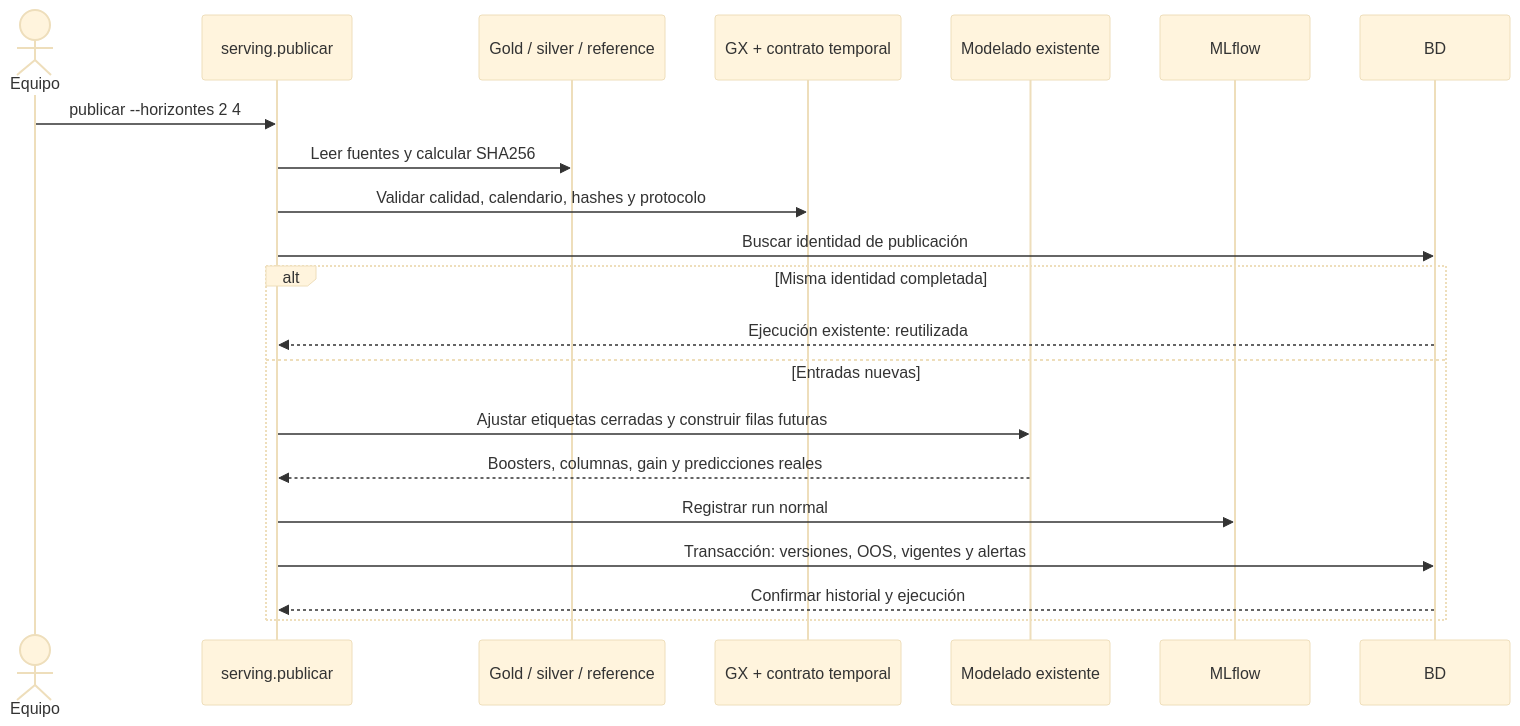
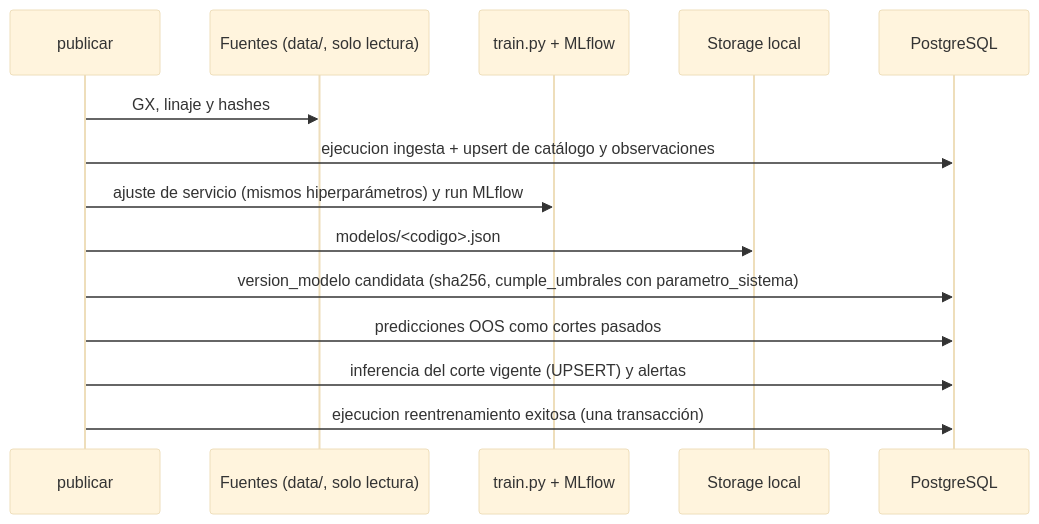
The second of 3 diagrams in docs/backend/arquitectura.md (panconlocro/Denguekay), drawn with Mermaid (base theme) before and after one commit. The commit also changed other lines of this file and 13 other files, not shown here.

````diff
--- a/docs/backend/arquitectura.md
+++ b/docs/backend/arquitectura.md
@@ -72,23 +42,16 @@
 ```mermaid
 sequenceDiagram
-    actor Equipo
-    participant CLI as serving.publicar
-    participant Fuentes as Gold / silver / reference
-    participant Validacion as GX + contrato temporal
-    participant Modelo as Modelado existente
-    participant MLflow
-    participant BD
-    Equipo->>CLI: publicar --horizontes 2 4
-    CLI->>Fuentes: Leer fuentes y calcular SHA256
-    CLI->>Validacion: Validar calidad, calendario, hashes y protocolo
-    CLI->>BD: Buscar identidad de publicación
-    alt Misma identidad completada
-        BD-->>CLI: Ejecución existente: reutilizada
-    else Entradas nuevas
-        CLI->>Modelo: Ajustar etiquetas cerradas y construir filas futuras
-        Modelo-->>CLI: Boosters, columnas, gain y predicciones reales
-        CLI->>MLflow: Registrar run normal
-        CLI->>BD: Transacción: versiones, OOS, vigentes y alertas
-        BD-->>CLI: Confirmar historial y ejecución
-    end
+  participant CLI as publicar
+  participant F as Fuentes (data/, solo lectura)
+  participant M as train.py + MLflow
+  participant S as Storage local
+  participant BD as PostgreSQL
+  CLI->>F: GX, linaje y hashes
+  CLI->>BD: ejecucion ingesta + upsert de catálogo y observaciones
+  CLI->>M: ajuste de servicio (mismos hiperparámetros) y run MLflow
+  CLI->>S: modelos/<codigo>.json
+  CLI->>BD: version_modelo candidata (sha256, cumple_umbrales con parametro_sistema)
+  CLI->>BD: predicciones OOS como cortes pasados
+  CLI->>BD: inferencia del corte vigente (UPSERT) y alertas
+  CLI->>BD: ejecucion reentrenamiento exitosa (una transacción)
 ```
````
